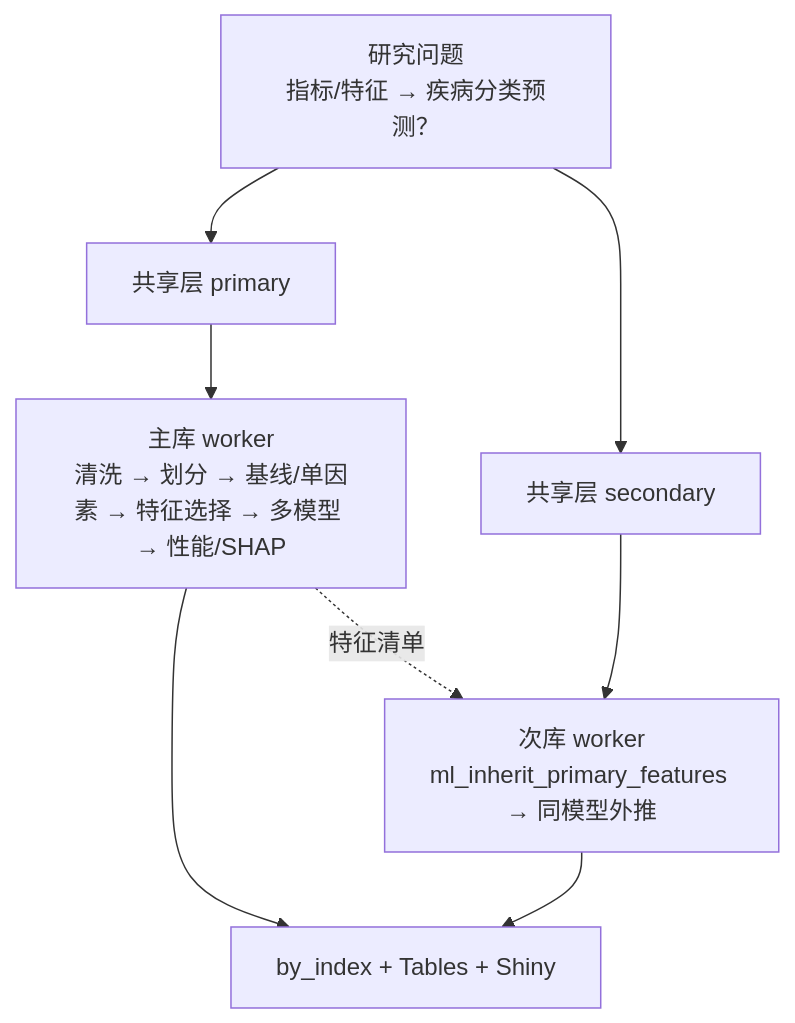
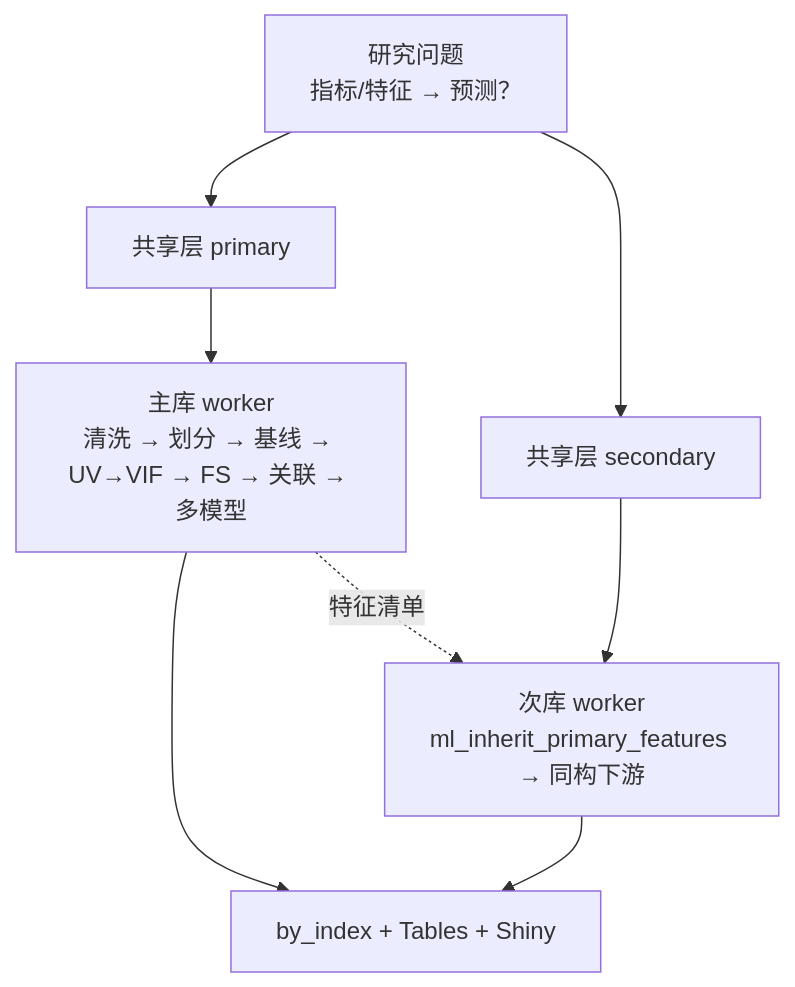
The first of 2 diagrams in Decisiontree/decision_tree_ml_dual_batch.md (sakura1023666/medical-blocks-engine), drawn with Mermaid before and after one commit. The commit also changed other lines of this file and 935 other files, not shown here.

````diff
--- a/Decisiontree/decision_tree_ml_dual_batch.md
+++ b/Decisiontree/decision_tree_ml_dual_batch.md
@@ -44,12 +61,12 @@
 ```mermaid
 flowchart TD
-  Q["研究问题\n指标/特征 → 疾病分类预测？"]
+  Q["研究问题\n指标/特征 → 预测？"]
   S1["共享层 primary"]
   S2["共享层 secondary"]
-  P["主库 worker\n清洗 → 划分 → 基线/单因素 → 特征选择 → 多模型 → 性能/SHAP"]
-  SEC["次库 worker\nml_inherit_primary_features → 同模型外推"]
+  P["主库 worker\n清洗 → 划分 → 基线 → UV→VIF → FS → 关联 → 多模型"]
+  SEC["次库 worker\nml_inherit_primary_features → 同构下游"]
   OUT["by_index + Tables + Shiny"]
   Q --> S1 --> P --> OUT
   Q --> S2 --> SEC --> OUT
   P -.->|特征清单| SEC
 ```
````
